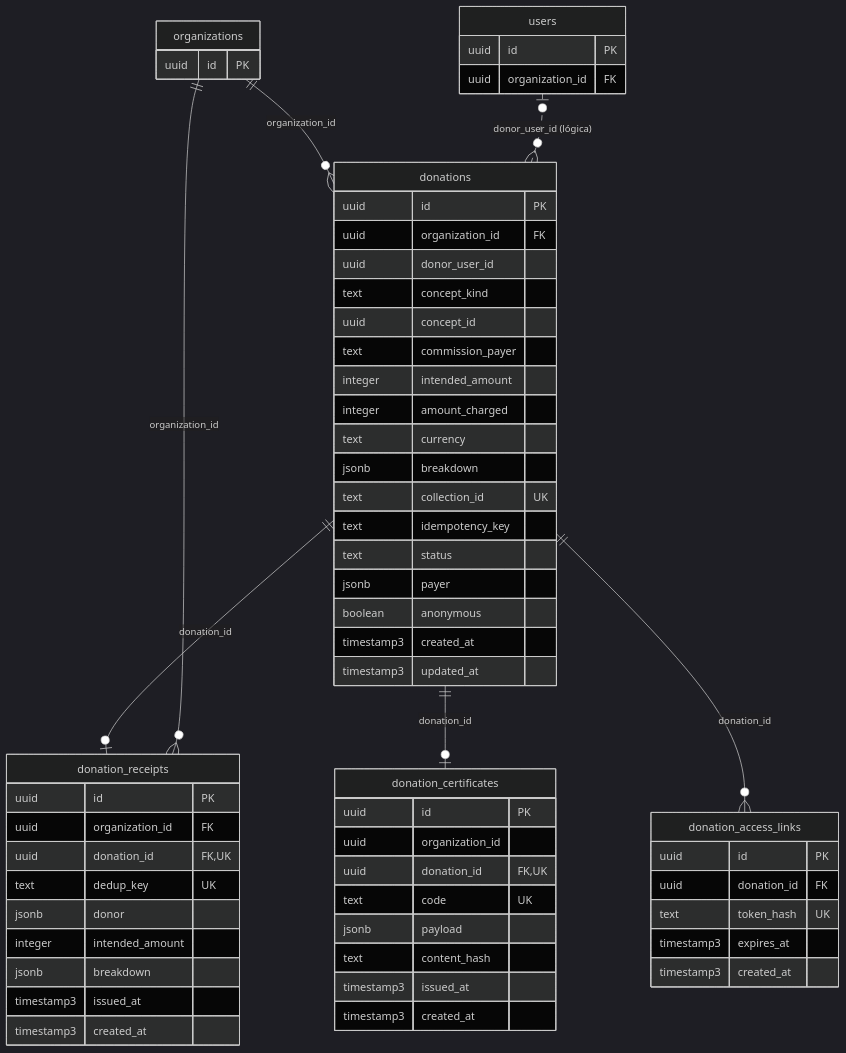
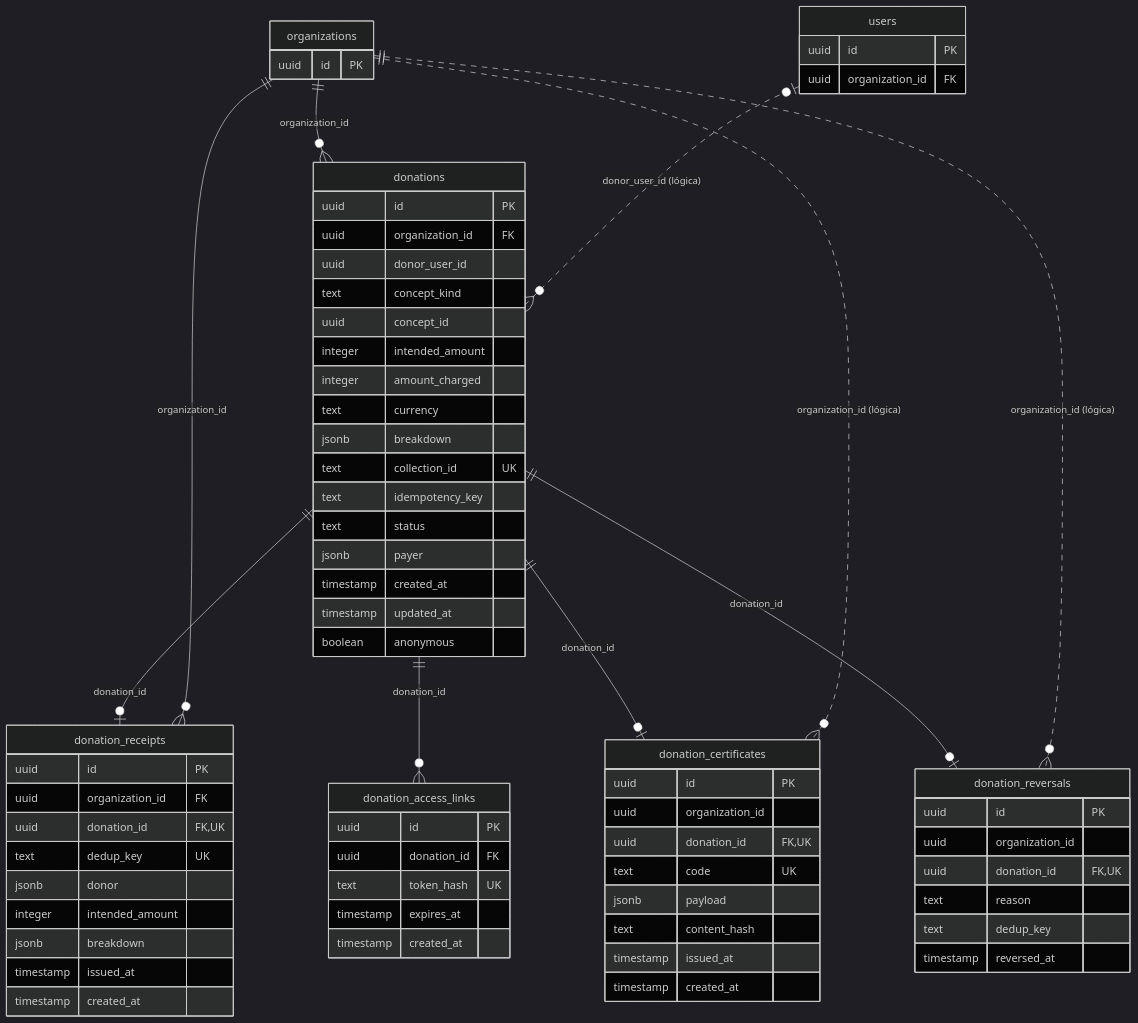
Before and after one commit to AGamez10/AdoptaFacil: the diagram in docs/diccionario-datos/mer/mer-donations.mmd, drawn with Mermaid (dark theme). The commit also changed 105 other files, not shown here.

```diff
--- a/docs/diccionario-datos/mer/mer-donations.mmd
+++ b/docs/diccionario-datos/mer/mer-donations.mmd
@@ -1,61 +1,71 @@
 erDiagram
-  donations {
+  donation_access_links {
     uuid id PK
-    uuid organization_id FK
-    uuid donor_user_id
-    text concept_kind
-    uuid concept_id
-    text commission_payer
-    integer intended_amount
-    integer amount_charged
-    text currency
-    jsonb breakdown
-    text collection_id UK
-    text idempotency_key
-    text status
-    jsonb payer
-    boolean anonymous
-    timestamp3 created_at
-    timestamp3 updated_at
+    uuid donation_id FK
+    text token_hash UK
+    timestamp expires_at
+    timestamp created_at
+  }
+  donation_certificates {
+    uuid id PK
+    uuid organization_id
+    uuid donation_id FK,UK
+    text code UK
+    jsonb payload
+    text content_hash
+    timestamp issued_at
+    timestamp created_at
   }
   donation_receipts {
     uuid id PK
     uuid organization_id FK
     uuid donation_id FK,UK
     text dedup_key UK
     jsonb donor
     integer intended_amount
     jsonb breakdown
-    timestamp3 issued_at
-    timestamp3 created_at
+    timestamp issued_at
+    timestamp created_at
   }
-  donation_certificates {
+  donation_reversals {
     uuid id PK
     uuid organization_id
     uuid donation_id FK,UK
-    text code UK
-    jsonb payload
-    text content_hash
-    timestamp3 issued_at
-    timestamp3 created_at
+    text reason
+    text dedup_key
+    timestamp reversed_at
   }
-  donation_access_links {
+  donations {
     uuid id PK
-    uuid donation_id FK
-    text token_hash UK
-    timestamp3 expires_at
-    timestamp3 created_at
+    uuid organization_id FK
+    uuid donor_user_id
+    text concept_kind
+    uuid concept_id
+    integer intended_amount
+    integer amount_charged
+    text currency
+    jsonb breakdown
+    text collection_id UK
+    text idempotency_key
+    text status
+    jsonb payer
+    timestamp created_at
+    timestamp updated_at
+    boolean anonymous
   }
   organizations {
     uuid id PK
   }
   users {
     uuid id PK
     uuid organization_id FK
   }
-  organizations ||--o{ donations : "organization_id"
+  donations ||--o{ donation_access_links : "donation_id"
+  donations ||--o| donation_certificates : "donation_id"
   donations ||--o| donation_receipts : "donation_id"
   organizations ||--o{ donation_receipts : "organization_id"
-  donations ||--o| donation_certificates : "donation_id"
-  donations ||--o{ donation_access_links : "donation_id"
+  donations ||--o| donation_reversals : "donation_id"
+  organizations ||--o{ donations : "organization_id"
+  organizations ||..o{ donation_certificates : "organization_id (lógica)"
+  organizations ||..o{ donation_reversals : "organization_id (lógica)"
   users |o..o{ donations : "donor_user_id (lógica)"
```
